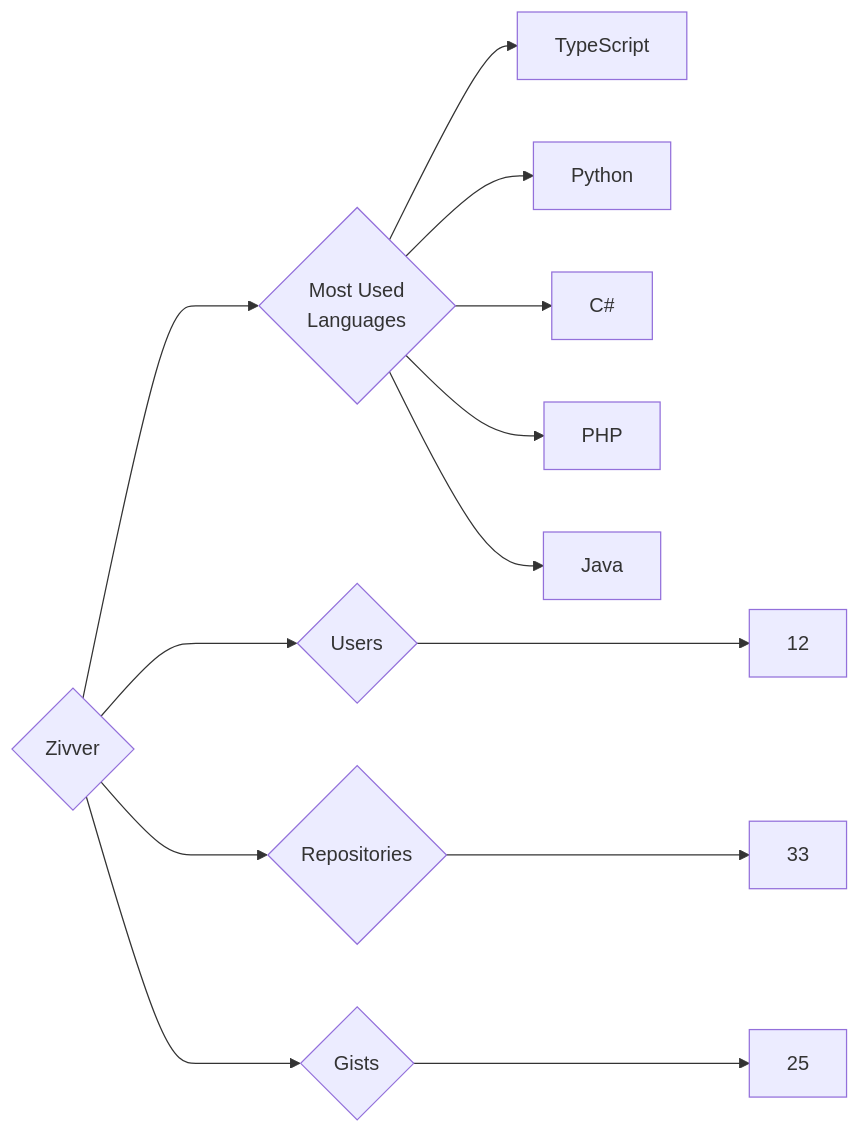
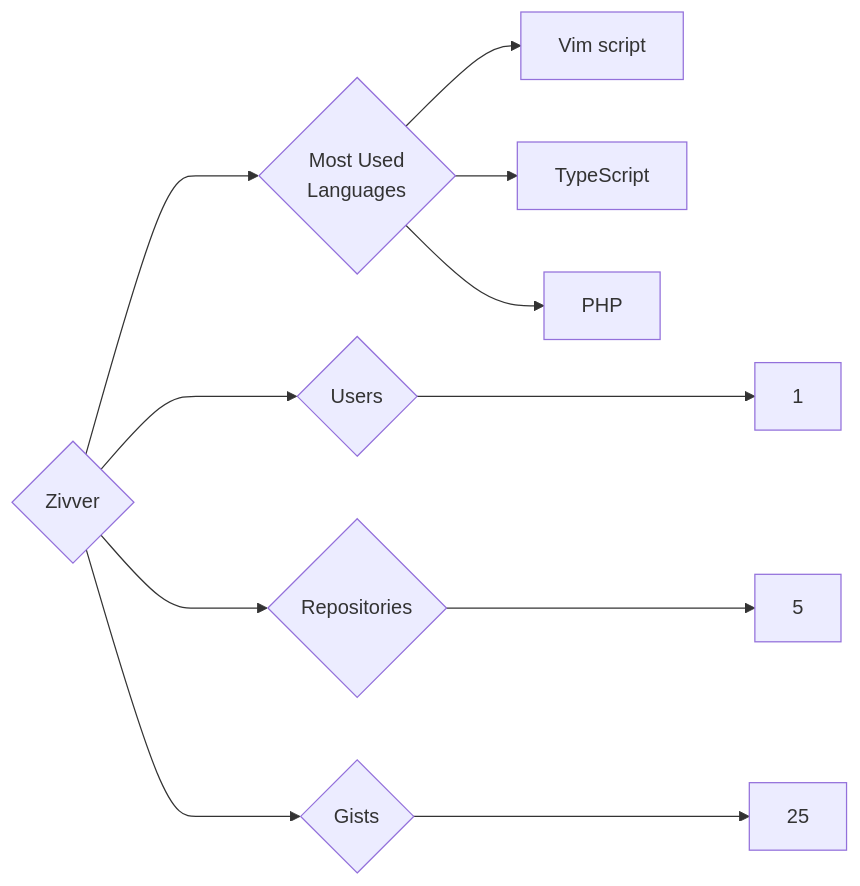
One commit to trickest/insiders changed the diagram in targets/Zivver/README.md. Above: the diagram before and after it, drawn with Mermaid. The commit also changed 682 other files, not shown here.

````diff
--- a/targets/Zivver/README.md
+++ b/targets/Zivver/README.md
@@ -3,13 +3,11 @@
 ```mermaid
 graph LR
 COMPANY_NAME{Zivver}
-COMPANY_NAME ---> U{Users} ---> UN[12]
-COMPANY_NAME ---> R{Repositories} ---> RN[33]
+COMPANY_NAME ---> U{Users} ---> UN[1]
+COMPANY_NAME ---> R{Repositories} ---> RN[5]
 COMPANY_NAME ---> G{Gists} ---> GN[25]
 COMPANY_NAME ---> ML{Most Used<br>Languages}
+ML --> Vim_script[Vim script]
 ML --> TypeScript[TypeScript]
-ML --> Python[Python]
-ML --> C#[C#]
 ML --> PHP[PHP]
-ML --> Java[Java]
 ```
````
